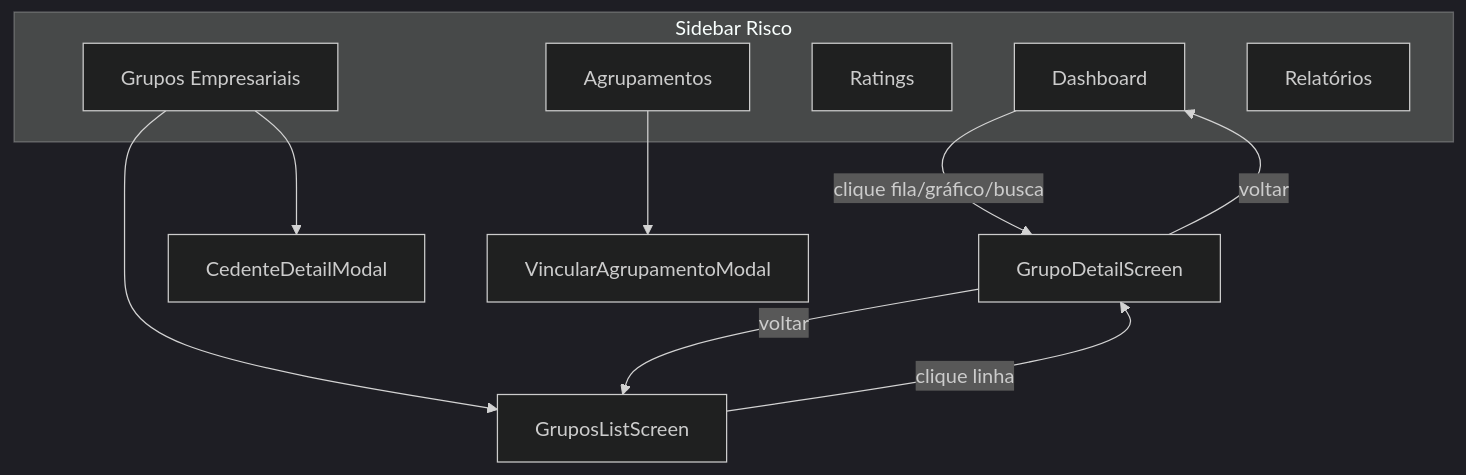
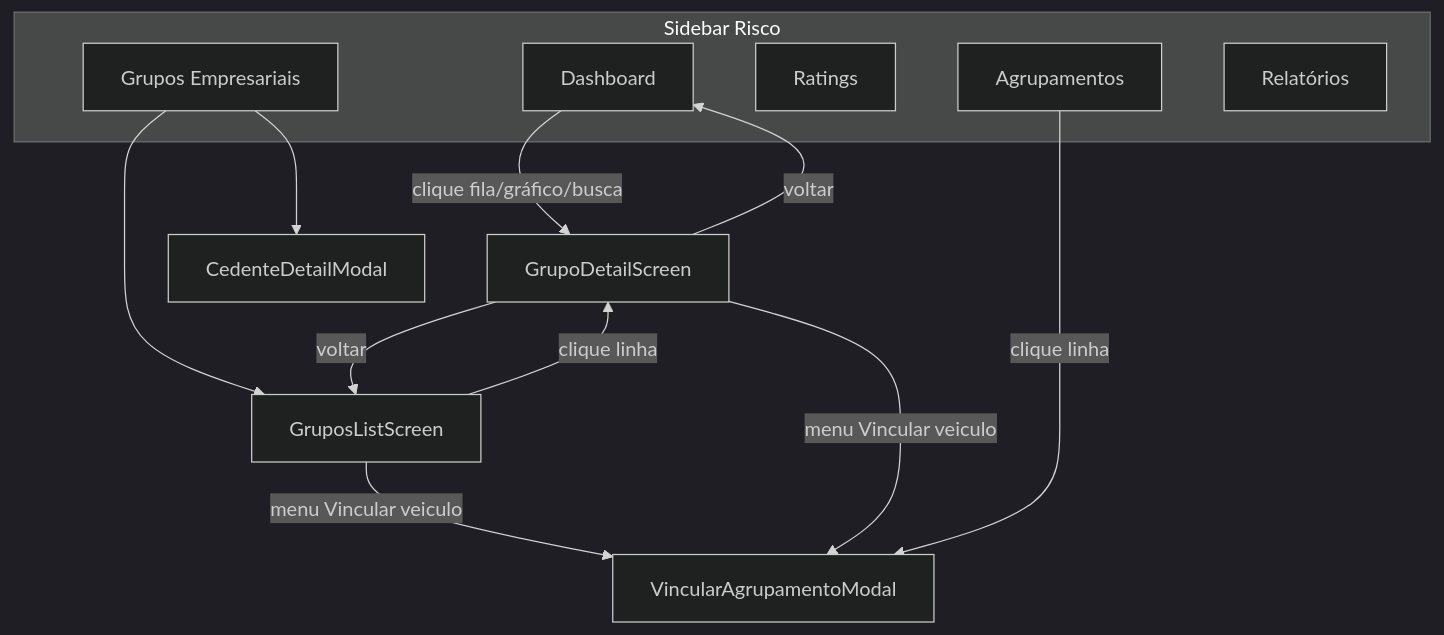
The diagram in docs/handoff/risco.md (eduardobsantoss/sistema-minerva-figma), drawn with Mermaid (dark theme) before and after one commit. The commit also changed other lines of this file and 7 other files, not shown here.

Commit message:
feat: enhance VincularAgrupamentoModal and related components for improved entity linking

````diff
--- a/docs/handoff/risco.md
+++ b/docs/handoff/risco.md
@@ -160,19 +162,21 @@
 ```mermaid
 flowchart TD
   subgraph sidebar [Sidebar Risco]
     D[Dashboard]
     G[Grupos Empresariais]
     R[Ratings]
     A[Agrupamentos]
     REL[Relatórios]
   end
 
   D -->|clique fila/gráfico/busca| GD[GrupoDetailScreen]
   G --> GL[GruposListScreen]
   GL -->|clique linha| GD
   GD -->|voltar| D
   GD -->|voltar| GL
 
   G --> CedenteModal[CedenteDetailModal]
-  A --> VincularModal[VincularAgrupamentoModal]
+  GL -->|menu Vincular veiculo| VincularModal[VincularAgrupamentoModal]
+  GD -->|menu Vincular veiculo| VincularModal
+  A -->|clique linha| VincularModal
 ```
````
